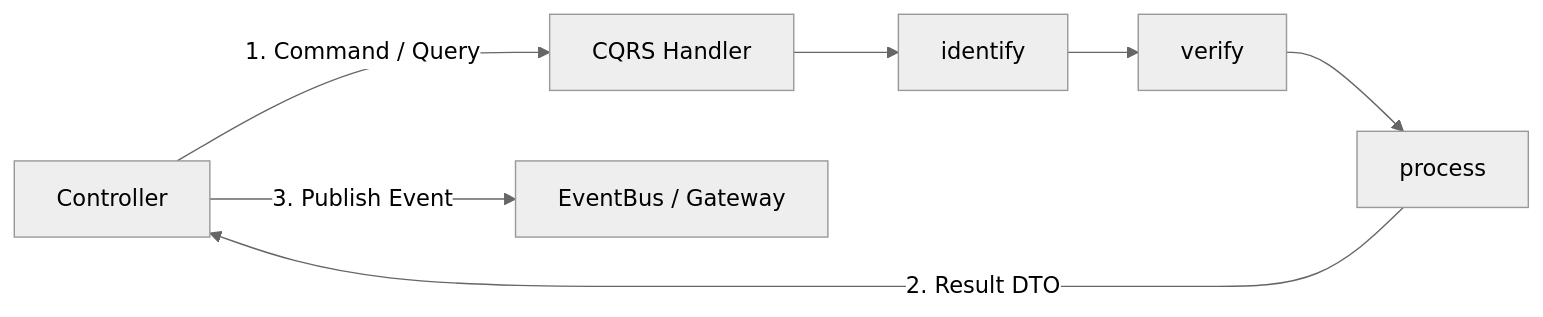
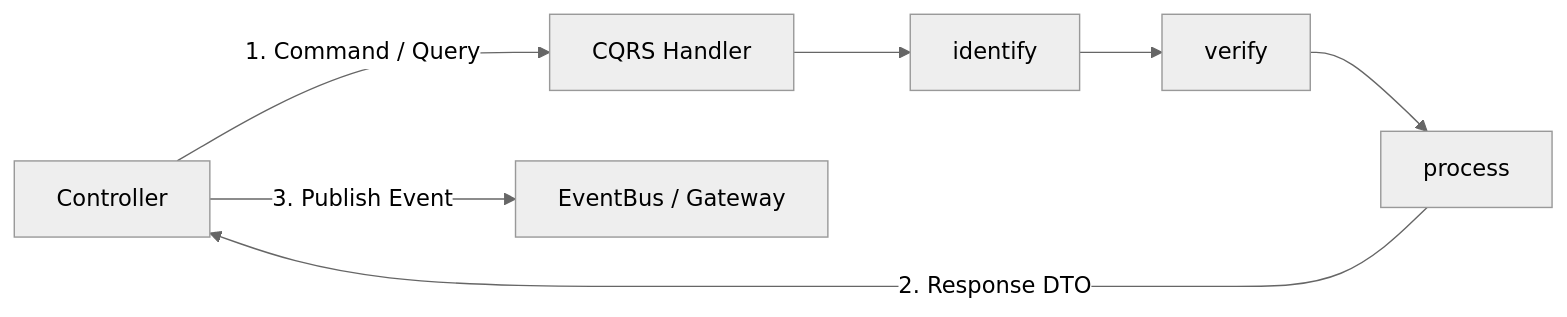
Before and after one commit to JYK0128/web-framework-app: the second of 3 diagrams in .agents/skills/fullstack-integration/SKILL.md, drawn with Mermaid (neutral theme). The commit also changed other lines of this file and 115 other files, not shown here.

````diff
--- a/.agents/skills/fullstack-integration/SKILL.md
+++ b/.agents/skills/fullstack-integration/SKILL.md
@@ -38,9 +38,9 @@
 ```mermaid
 flowchart LR
     Ctrl[Controller] -->|1. Command / Query| A[CQRS Handler]
     A --> B[identify]
     B --> C[verify]
     C --> D[process]
-    D -->|2. Result DTO| Ctrl
+    D -->|2. Response DTO| Ctrl
     Ctrl -->|3. Publish Event| EB[EventBus / Gateway]
 ```
````
